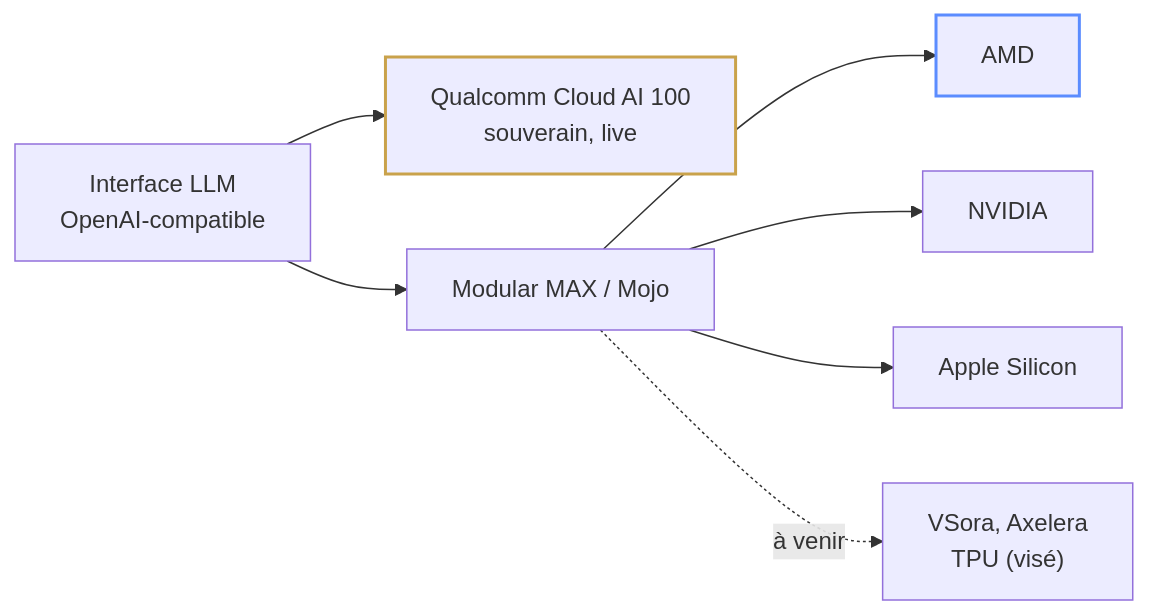
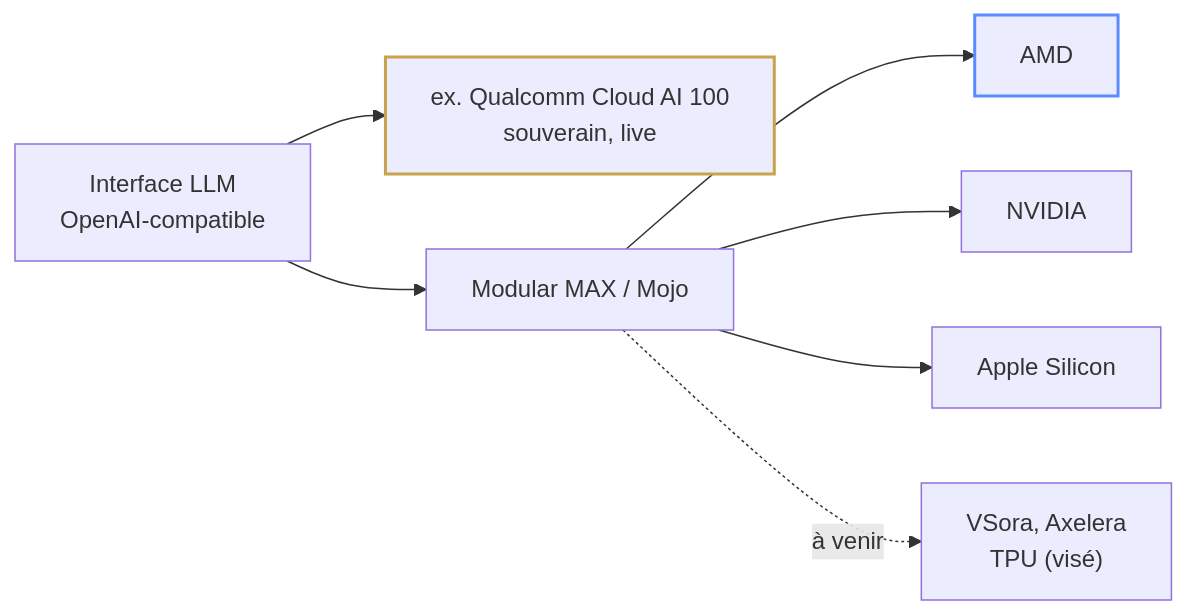
One commit to wilfred-dore/hackathon-assemblee-2026 changed the second of 2 diagrams in presentation/slides.md. Above: the diagram before and after it, drawn with Mermaid. The commit also changed other lines of this file, not shown here.

Commit message:
deck: « ex. Qualcomm Cloud AI 100 » (exemple de backend souverain, pas le seul)

````diff
--- a/presentation/slides.md
+++ b/presentation/slides.md
@@ -268,11 +268,11 @@
 ```mermaid {scale: 0.62}
 flowchart LR
-    L["Interface LLM<br>OpenAI-compatible"] --> Q["Qualcomm Cloud AI 100<br>souverain, live"]
+    L["Interface LLM<br>OpenAI-compatible"] --> Q["ex. Qualcomm Cloud AI 100<br>souverain, live"]
     L --> M["Modular MAX / Mojo"]
     M --> AMD["AMD"]
     M --> NV["NVIDIA"]
     M --> APL["Apple Silicon"]
     M -. à venir .-> FUT["VSora, Axelera<br>TPU (visé)"]
     style Q stroke:#c9a24b,stroke-width:2px
     style AMD stroke:#5b8cff,stroke-width:2px
 ```
````
